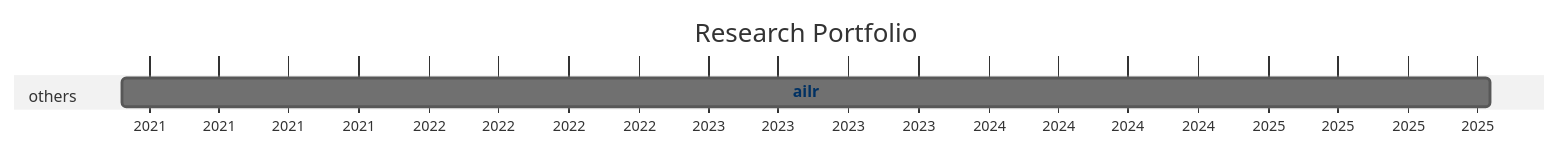
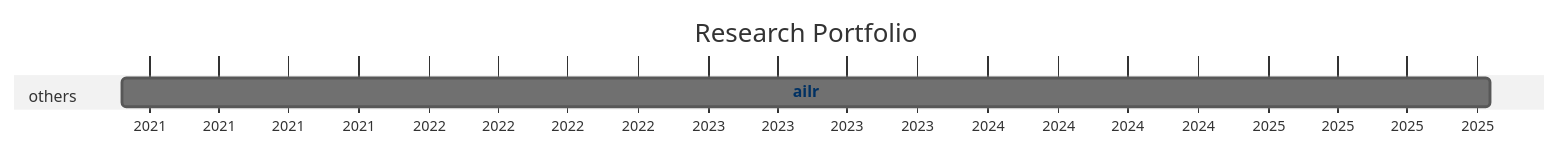
Before and after one commit to digital-work-lab/handbook: the diagram in docs/20-research/25-projects-gantt.md, drawn with Mermaid (neutral theme).

Commit message:
Update repository overview

````diff
--- a/docs/20-research/25-projects-gantt.md
+++ b/docs/20-research/25-projects-gantt.md
@@ -8,21 +8,21 @@
 ```mermaid
 ---
 displayMode: compact
 ---
 gantt
 title Research Portfolio
 dateFormat YYYY-MM-DD
 axisFormat %Y
 
     section work_practices
 
     section distributed_organizing
 
     section knowledge_synthesis
 
     section others
-        ailr :ailr, 2020-11-26, 2025-10-17
+        ailr :ailr, 2020-11-26, 2025-10-18
 
 
     click ailr href "{{ site.baseurl }}/docs/10-lab/18-resources/ailr.html"
 ```
````
